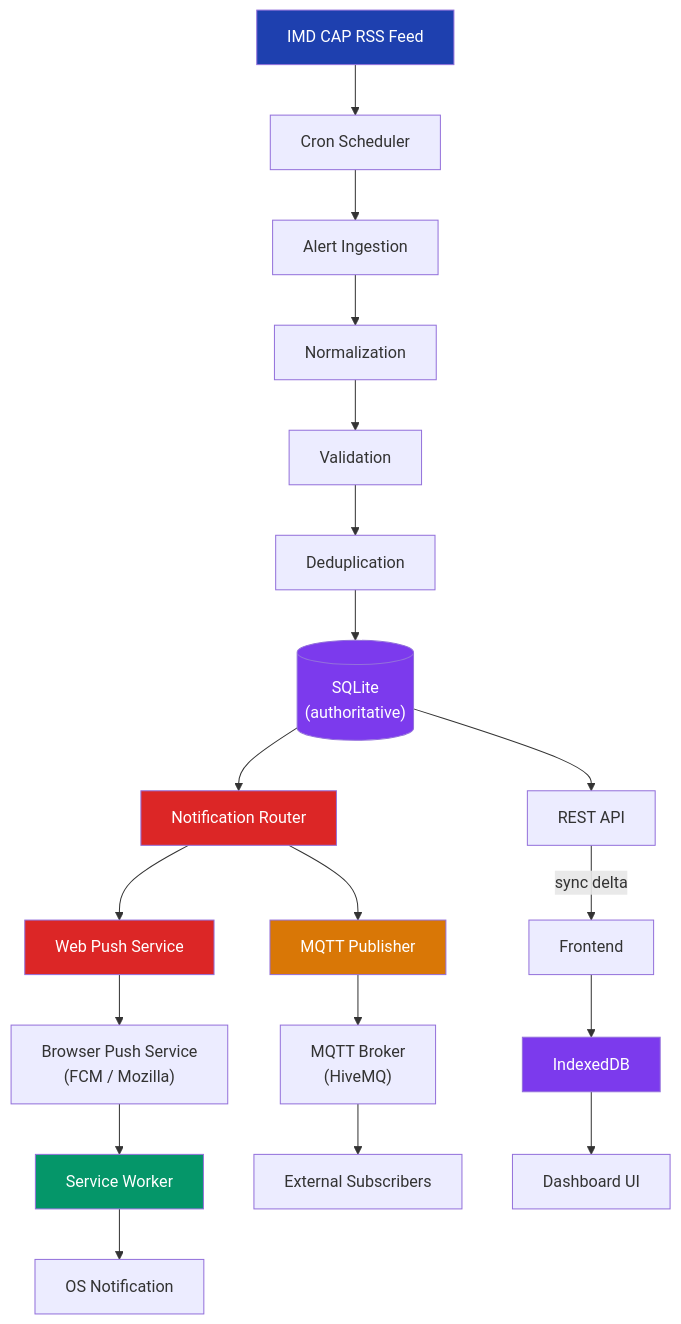
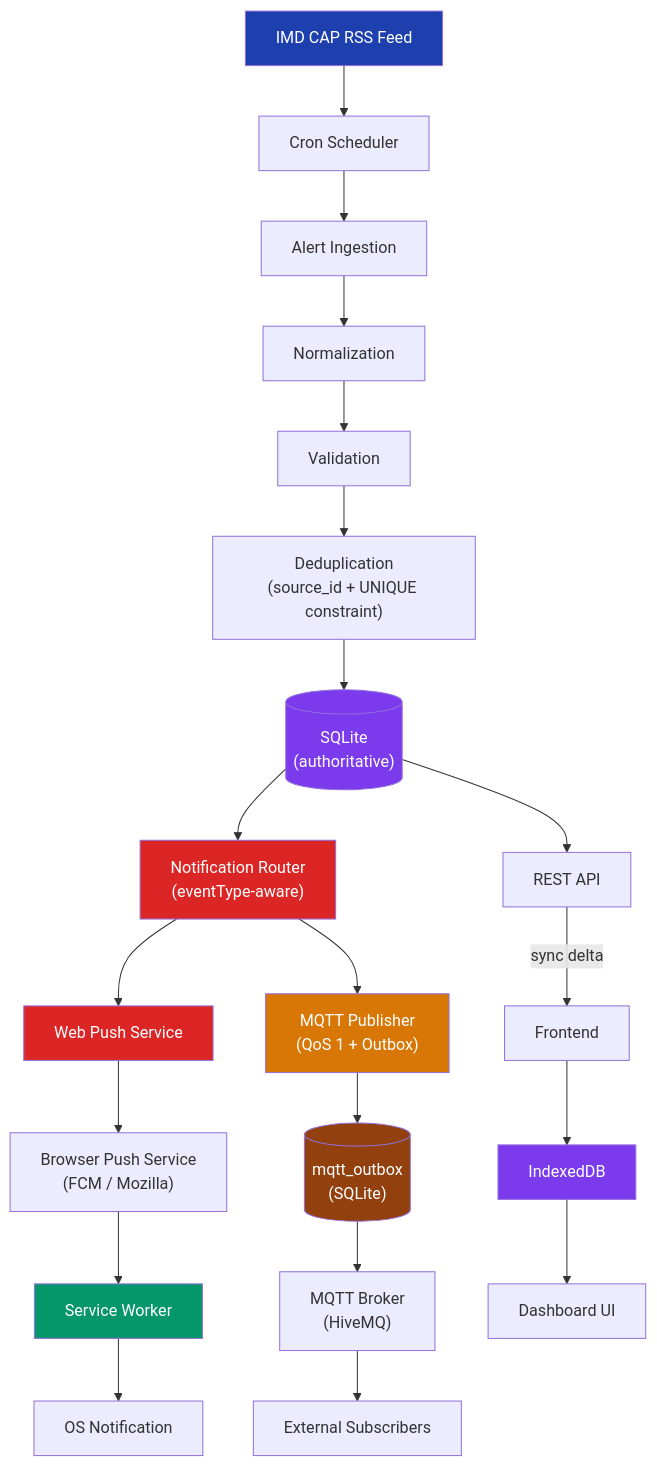
Before and after one commit to Harshvardhan226510/sih-2026-project: the diagram in docs/alerts-architecture.md, drawn with Mermaid. The commit also changed other lines of this file and 41 other files, not shown here.

````diff
--- a/docs/alerts-architecture.md
+++ b/docs/alerts-architecture.md
@@ -7,34 +7,36 @@
 ```mermaid
 graph TD
     IMD["IMD CAP RSS Feed"] --> Sched["Cron Scheduler"]
 
     Sched --> Ingestion["Alert Ingestion"]
     Ingestion --> Normalize["Normalization"]
     Normalize --> Validate["Validation"]
-    Validate --> Dedup["Deduplication"]
+    Validate --> Dedup["Deduplication\n(source_id + UNIQUE constraint)"]
     Dedup --> DB[("SQLite \n(authoritative)")]
 
-    DB --> NR["Notification Router"]
+    DB --> NR["Notification Router\n(eventType-aware)"]
     DB --> API["REST API"]
 
     NR --> WPS["Web Push Service"]
-    NR --> MQTT["MQTT Publisher"]
+    NR --> MQTT["MQTT Publisher\n(QoS 1 + Outbox)"]
     WPS --> PS["Browser Push Service\n(FCM / Mozilla)"]
     PS --> SW["Service Worker"]
     SW --> OSN["OS Notification"]
     
-    MQTT --> Broker["MQTT Broker\n(HiveMQ)"]
+    MQTT --> Outbox[("mqtt_outbox\n(SQLite)")]
+    Outbox --> Broker["MQTT Broker\n(HiveMQ)"]
     Broker --> Sub["External Subscribers"]
 
     API --> |sync delta| Client["Frontend"]
     Client --> IDB["IndexedDB"]
     IDB --> UI["Dashboard UI"]
 
     style IMD fill:#1e40af,color:#fff
     style NR fill:#dc2626,color:#fff
     style WPS fill:#dc2626,color:#fff
     style MQTT fill:#d97706,color:#fff
+    style Outbox fill:#92400e,color:#fff
     style SW fill:#059669,color:#fff
     style DB fill:#7c3aed,color:#fff
     style IDB fill:#7c3aed,color:#fff
 ```
````
